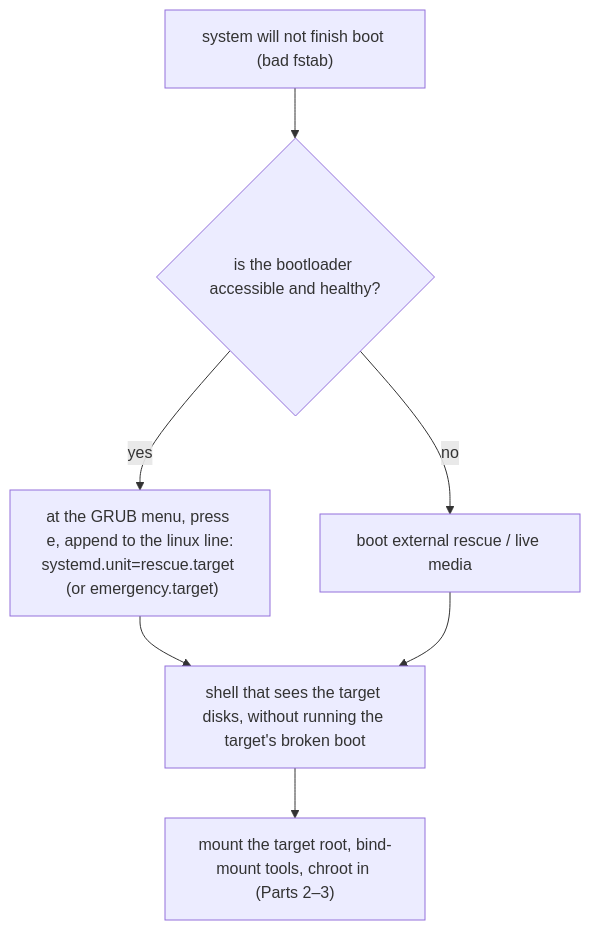
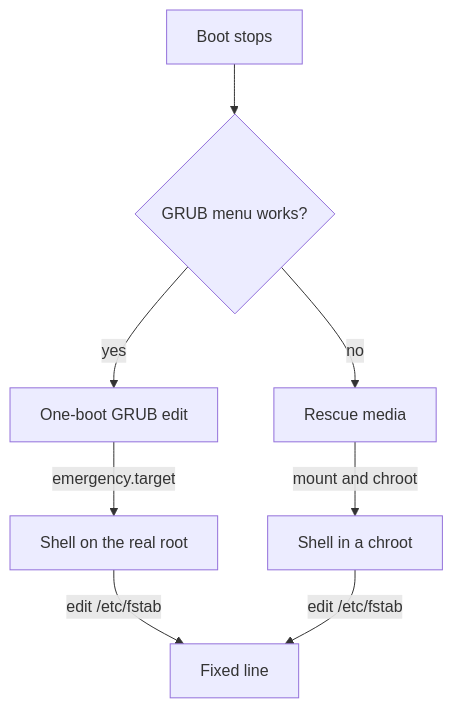
One commit to astrona-io/ATS002 changed the diagram in sections/section-080/module-01/course-01-why-it-wont-boot-and-reaching-a-shell.md. Above: the diagram before and after it, drawn with Mermaid. The commit also changed other lines of this file and 615 other files, not shown here.

````diff
--- a/sections/section-080/module-01/course-01-why-it-wont-boot-and-reaching-a-shell.md
+++ b/sections/section-080/module-01/course-01-why-it-wont-boot-and-reaching-a-shell.md
@@ -17,9 +25,10 @@
 ```mermaid
 flowchart TD
-    B["system will not finish boot (bad fstab)"] --> Q{"is the bootloader accessible and healthy?"}
-    Q -->|yes| G["at the GRUB menu, press e, append to the linux line:<br/>systemd.unit=rescue.target  (or emergency.target)"]
-    Q -->|no| M["boot external rescue / live media"]
-    G --> S["shell that sees the target disks, without running the target's broken boot"]
-    M --> S
-    S --> NEXT["mount the target root, bind-mount tools, chroot in (Parts 2–3)"]
+    B["Boot stops"] --> Q{"GRUB menu works?"}
+    Q -->|"yes"| G["One-boot GRUB edit"]
+    Q -->|"no"| M["Rescue media"]
+    G -->|"emergency.target"| S["Shell on the real root"]
+    M -->|"mount and chroot"| C["Shell in a chroot"]
+    S -->|"edit /etc/fstab"| F["Fixed line"]
+    C -->|"edit /etc/fstab"| F
 ```
````
